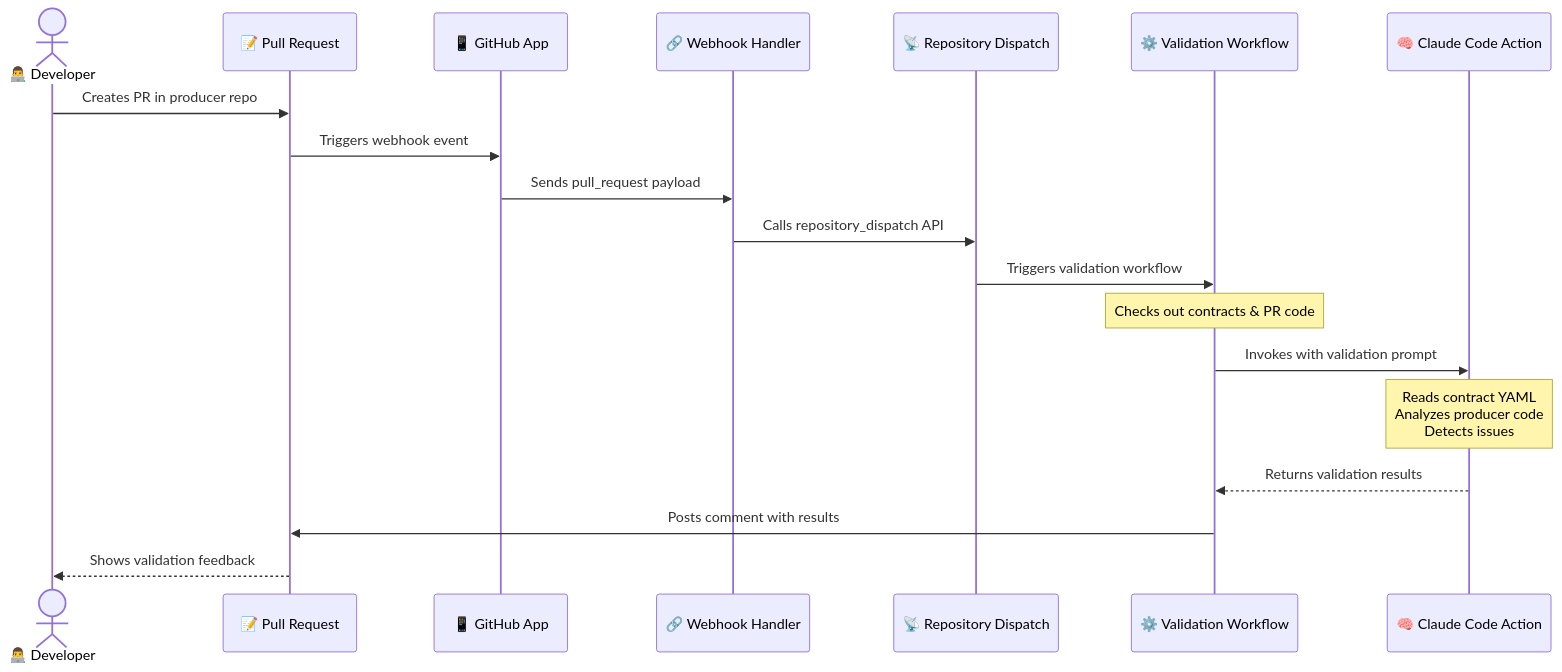
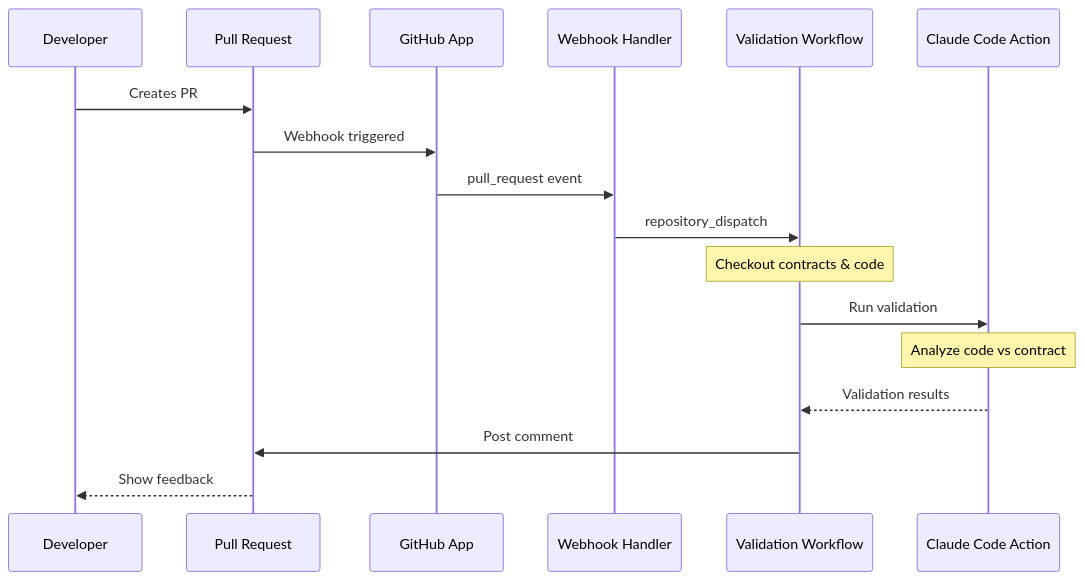
The second of 2 diagrams in README.md (zhiyuan91/data-platform), drawn with Mermaid before and after one commit.

Commit message:
Simplify sequence diagram to fix GitHub rendering issue

````diff
--- a/README.md
+++ b/README.md
@@ -113,26 +113,24 @@
 ```mermaid
 sequenceDiagram
-    actor Dev as 👨‍💻 Developer
-    participant PR as 📝 Pull Request
-    participant GHA as 📱 GitHub App
-    participant WH as 🔗 Webhook Handler
-    participant API as 📡 Repository Dispatch
-    participant WF as ⚙️ Validation Workflow
-    participant Claude as 🧠 Claude Code Action
+    participant Dev as Developer
+    participant PR as Pull Request
+    participant GHA as GitHub App
+    participant WH as Webhook Handler
+    participant WF as Validation Workflow
+    participant Claude as Claude Code Action
 
-    Dev->>PR: Creates PR in producer repo
-    PR->>GHA: Triggers webhook event
-    GHA->>WH: Sends pull_request payload
-    WH->>API: Calls repository_dispatch API
-    API->>WF: Triggers validation workflow
+    Dev->>PR: Creates PR
+    PR->>GHA: Webhook triggered
+    GHA->>WH: pull_request event
+    WH->>WF: repository_dispatch
 
-    Note over WF: Checks out contracts & PR code
+    Note over WF: Checkout contracts & code
 
-    WF->>Claude: Invokes with validation prompt
+    WF->>Claude: Run validation
 
-    Note over Claude: Reads contract YAML<br/>Analyzes producer code<br/>Detects issues
+    Note over Claude: Analyze code vs contract
 
-    Claude-->>WF: Returns validation results
-    WF->>PR: Posts comment with results
-    PR-->>Dev: Shows validation feedback
+    Claude-->>WF: Validation results
+    WF->>PR: Post comment
+    PR-->>Dev: Show feedback
 ```
````
